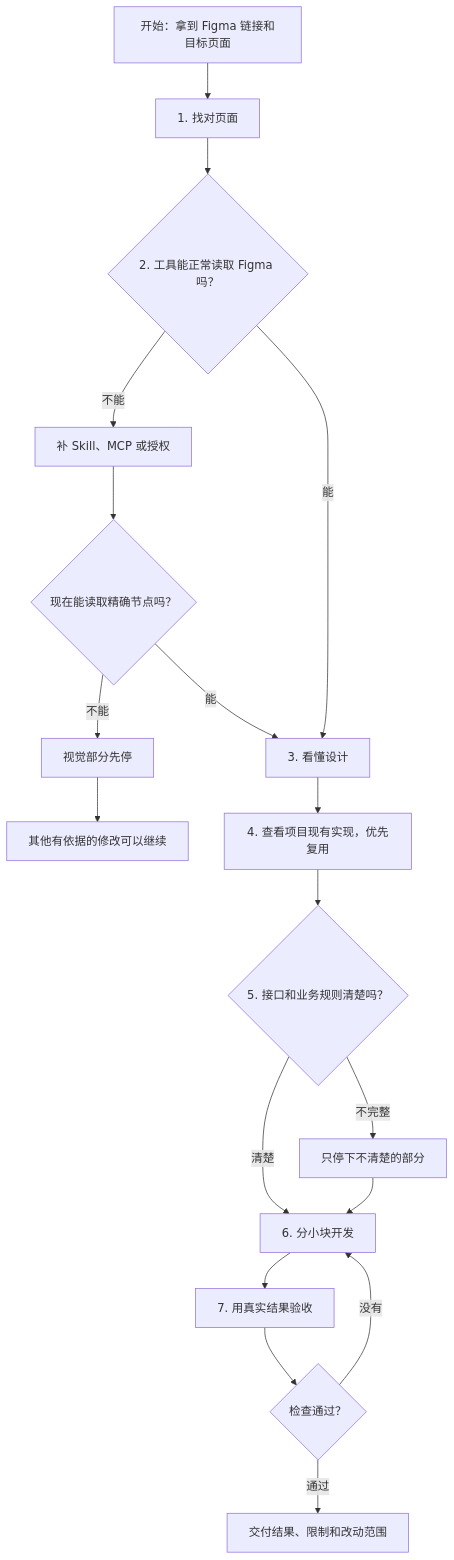
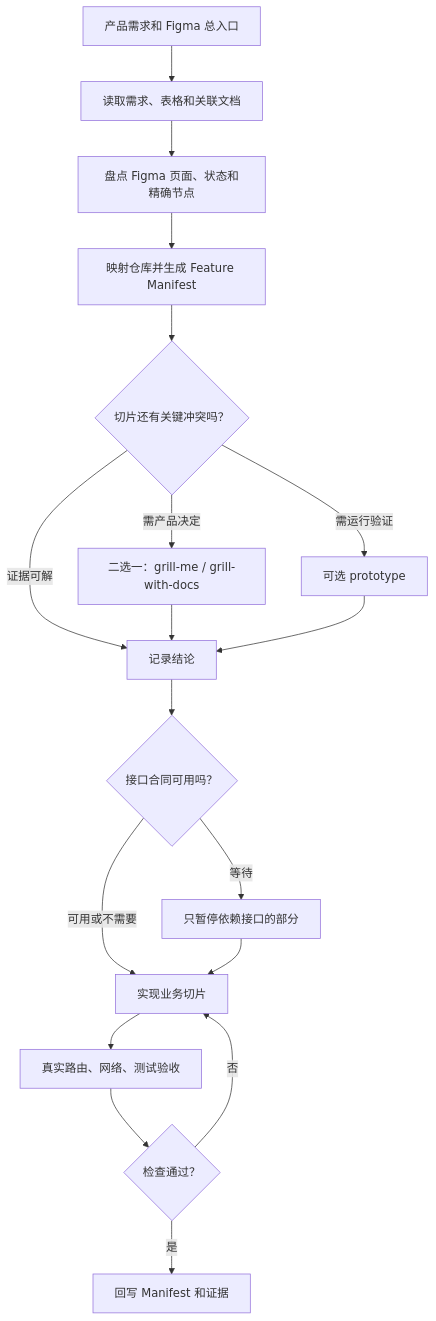
The diagram in README.md (woyaofei303/fameex-figma-to-code), drawn with Mermaid before and after one commit. The commit also changed other lines of this file and 6 other files, not shown here.

````diff
--- a/README.md
+++ b/README.md
@@ -201,20 +228,20 @@
 ```mermaid
 flowchart TD
-  A["开始：拿到 Figma 链接和目标页面"] --> B["1. 找对页面"]
-  B --> C{"2. 工具能正常读取 Figma 吗？"}
-  C -->|不能| D["补 Skill、MCP 或授权"]
-  D --> E{"现在能读取精确节点吗？"}
-  E -->|不能| X["视觉部分先停"]
-  X --> Y["其他有依据的修改可以继续"]
-  E -->|能| F["3. 看懂设计"]
-  C -->|能| F
-  F --> G["4. 查看项目现有实现，优先复用"]
-  G --> H{"5. 接口和业务规则清楚吗？"}
-  H -->|不完整| I["只停下不清楚的部分"]
-  H -->|清楚| J["6. 分小块开发"]
-  I --> J
-  J --> K["7. 用真实结果验收"]
-  K --> L{"检查通过？"}
-  L -->|没有| J
-  L -->|通过| M["交付结果、限制和改动范围"]
+  A["产品需求和 Figma 总入口"] --> B["读取需求、表格和关联文档"]
+  B --> C["盘点 Figma 页面、状态和精确节点"]
+  C --> D["映射仓库并生成 Feature Manifest"]
+  D --> E{"切片还有关键冲突吗？"}
+  E -->|证据可解| F["记录结论"]
+  E -->|需产品决定| G["二选一：grill-me / grill-with-docs"]
+  E -->|需运行验证| H["可选 prototype"]
+  G --> F
+  H --> F
+  F --> I{"接口合同可用吗？"}
+  I -->|等待| J["只暂停依赖接口的部分"]
+  I -->|可用或不需要| K["实现业务切片"]
+  J --> K
+  K --> L["真实路由、网络、测试验收"]
+  L --> M{"检查通过？"}
+  M -->|否| K
+  M -->|是| N["回写 Manifest 和证据"]
 ```
````
